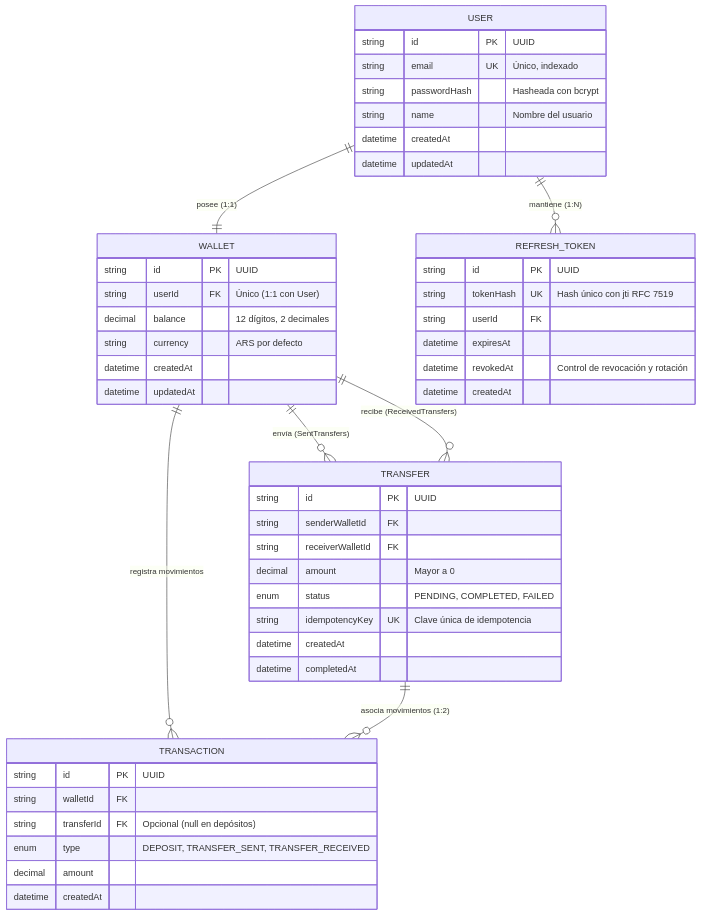
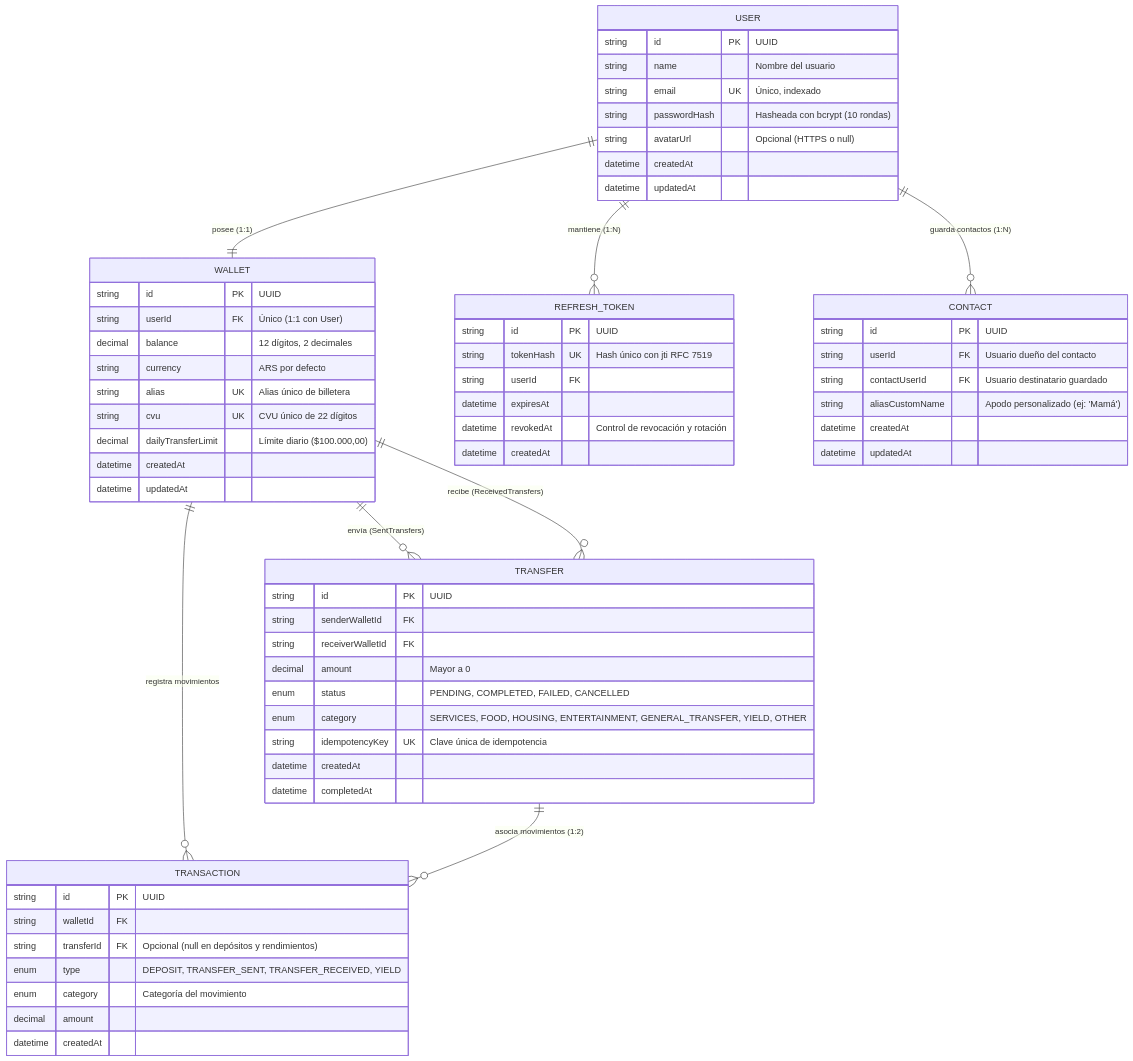
Before and after one commit to Calegaris/proyecto-4-minipay: the first of 2 diagrams in README.md, drawn with Mermaid. The commit also changed other lines of this file, not shown here.

````diff
--- a/README.md
+++ b/README.md
@@ -33,56 +36,72 @@
 ```mermaid
 erDiagram
     USER ||--|| WALLET : "posee (1:1)"
     USER ||--o{ REFRESH_TOKEN : "mantiene (1:N)"
+    USER ||--o{ CONTACT : "guarda contactos (1:N)"
     WALLET ||--o{ TRANSFER : "envía (SentTransfers)"
     WALLET ||--o{ TRANSFER : "recibe (ReceivedTransfers)"
     WALLET ||--o{ TRANSACTION : "registra movimientos"
     TRANSFER ||--o{ TRANSACTION : "asocia movimientos (1:2)"
 
     USER {
         string id PK "UUID"
+        string name "Nombre del usuario"
         string email UK "Único, indexado"
-        string passwordHash "Hasheada con bcrypt"
-        string name "Nombre del usuario"
+        string passwordHash "Hasheada con bcrypt (10 rondas)"
+        string avatarUrl "Opcional (HTTPS o null)"
         datetime createdAt
         datetime updatedAt
     }
 
     WALLET {
         string id PK "UUID"
         string userId FK "Único (1:1 con User)"
         decimal balance "12 dígitos, 2 decimales"
         string currency "ARS por defecto"
+        string alias UK "Alias único de billetera"
+        string cvu UK "CVU único de 22 dígitos"
+        decimal dailyTransferLimit "Límite diario ($100.000,00)"
         datetime createdAt
         datetime updatedAt
     }
 
     TRANSFER {
         string id PK "UUID"
         string senderWalletId FK
         string receiverWalletId FK
         decimal amount "Mayor a 0"
-        enum status "PENDING, COMPLETED, FAILED"
+        enum status "PENDING, COMPLETED, FAILED, CANCELLED"
+        enum category "SERVICES, FOOD, HOUSING, ENTERTAINMENT, GENERAL_TRANSFER, YIELD, OTHER"
         string idempotencyKey UK "Clave única de idempotencia"
         datetime createdAt
         datetime completedAt
     }
 
     TRANSACTION {
         string id PK "UUID"
         string walletId FK
-        string transferId FK "Opcional (null en depósitos)"
-        enum type "DEPOSIT, TRANSFER_SENT, TRANSFER_RECEIVED"
+        string transferId FK "Opcional (null en depósitos y rendimientos)"
+        enum type "DEPOSIT, TRANSFER_SENT, TRANSFER_RECEIVED, YIELD"
+        enum category "Categoría del movimiento"
         decimal amount
         datetime createdAt
     }
 
     REFRESH_TOKEN {
         string id PK "UUID"
         string tokenHash UK "Hash único con jti RFC 7519"
         string userId FK
         datetime expiresAt
         datetime revokedAt "Control de revocación y rotación"
         datetime createdAt
     }
+
+    CONTACT {
+        string id PK "UUID"
+        string userId FK "Usuario dueño del contacto"
+        string contactUserId FK "Usuario destinatario guardado"
+        string aliasCustomName "Apodo personalizado (ej: 'Mamá')"
+        datetime createdAt
+        datetime updatedAt
+    }
 ```
````
